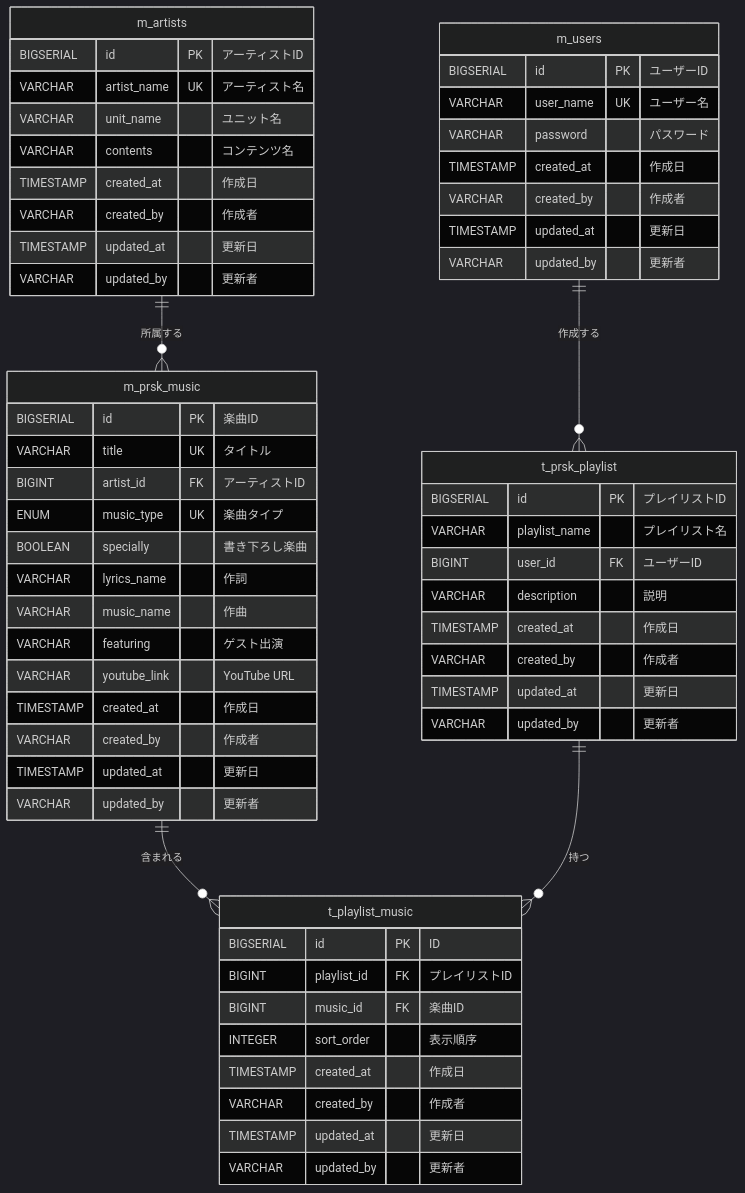
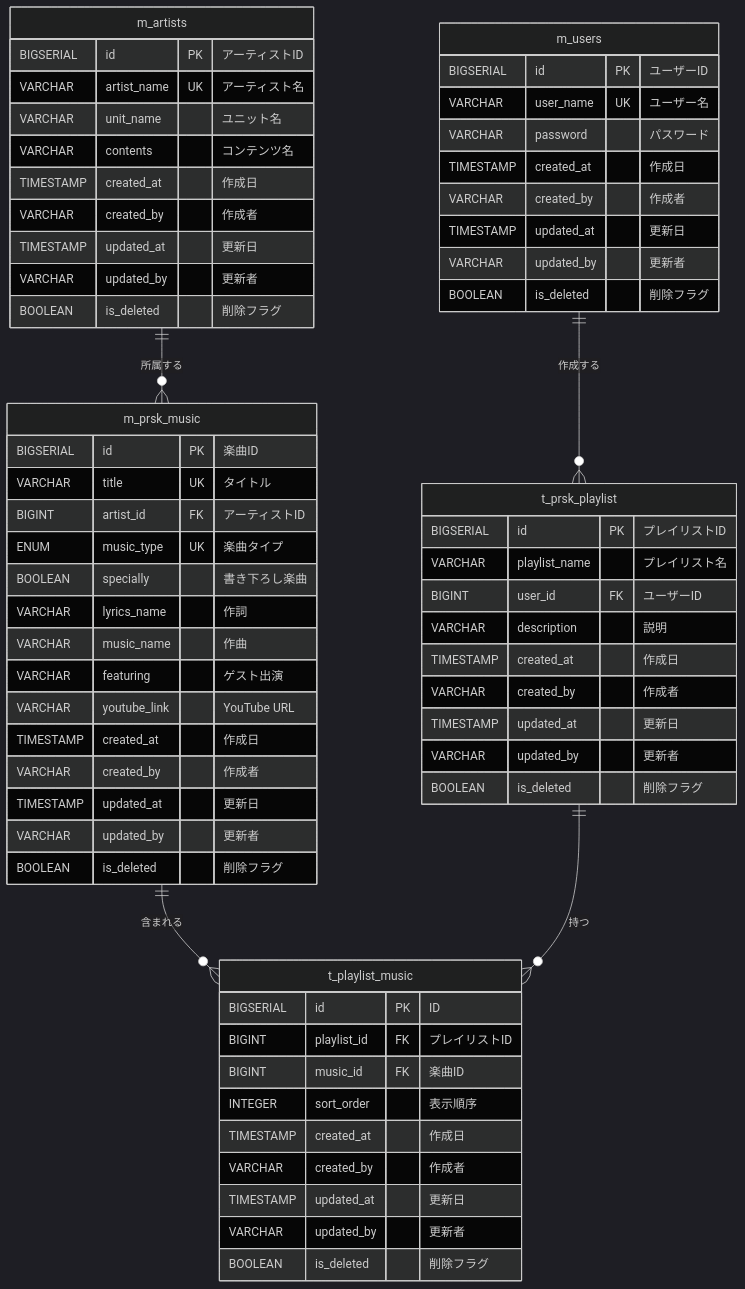
The diagram in doc/spec/entity-relationship-diagram.md (Narumikr/prsk-backend-SToRY), drawn with Mermaid (dark theme) before and after one commit. The commit also changed 1 other file, not shown here.

Commit message:
Fix table definition

````diff
--- a/doc/spec/entity-relationship-diagram.md
+++ b/doc/spec/entity-relationship-diagram.md
@@ -3,66 +3,71 @@
 ```mermaid
 erDiagram
     m_users ||--o{ t_prsk_playlist : "作成する"
     m_artists ||--o{ m_prsk_music : "所属する"
     m_prsk_music ||--o{ t_playlist_music : "含まれる"
     t_prsk_playlist ||--o{ t_playlist_music : "持つ"
 
     m_users {
         BIGSERIAL id PK "ユーザーID"
         VARCHAR user_name UK "ユーザー名"
         VARCHAR password "パスワード"
         TIMESTAMP created_at "作成日"
         VARCHAR created_by "作成者"
         TIMESTAMP updated_at "更新日"
         VARCHAR updated_by "更新者"
+        BOOLEAN is_deleted "削除フラグ"
     }
 
     m_artists {
         BIGSERIAL id PK "アーティストID"
         VARCHAR artist_name UK "アーティスト名"
         VARCHAR unit_name "ユニット名"
         VARCHAR contents "コンテンツ名"
         TIMESTAMP created_at "作成日"
         VARCHAR created_by "作成者"
         TIMESTAMP updated_at "更新日"
         VARCHAR updated_by "更新者"
+        BOOLEAN is_deleted "削除フラグ"
     }
 
     m_prsk_music {
         BIGSERIAL id PK "楽曲ID"
         VARCHAR title UK "タイトル"
         BIGINT artist_id FK "アーティストID"
         ENUM music_type UK "楽曲タイプ"
         BOOLEAN specially "書き下ろし楽曲"
         VARCHAR lyrics_name "作詞"
         VARCHAR music_name "作曲"
         VARCHAR featuring "ゲスト出演"
         VARCHAR youtube_link "YouTube URL"
         TIMESTAMP created_at "作成日"
         VARCHAR created_by "作成者"
         TIMESTAMP updated_at "更新日"
         VARCHAR updated_by "更新者"
+        BOOLEAN is_deleted "削除フラグ"
     }
 
     t_prsk_playlist {
         BIGSERIAL id PK "プレイリストID"
         VARCHAR playlist_name "プレイリスト名"
         BIGINT user_id FK "ユーザーID"
         VARCHAR description "説明"
         TIMESTAMP created_at "作成日"
         VARCHAR created_by "作成者"
         TIMESTAMP updated_at "更新日"
         VARCHAR updated_by "更新者"
+        BOOLEAN is_deleted "削除フラグ"
     }
 
     t_playlist_music {
         BIGSERIAL id PK "ID"
         BIGINT playlist_id FK "プレイリストID"
         BIGINT music_id FK "楽曲ID"
         INTEGER sort_order "表示順序"
         TIMESTAMP created_at "作成日"
         VARCHAR created_by "作成者"
         TIMESTAMP updated_at "更新日"
         VARCHAR updated_by "更新者"
+        BOOLEAN is_deleted "削除フラグ"
     }
 ```
````
